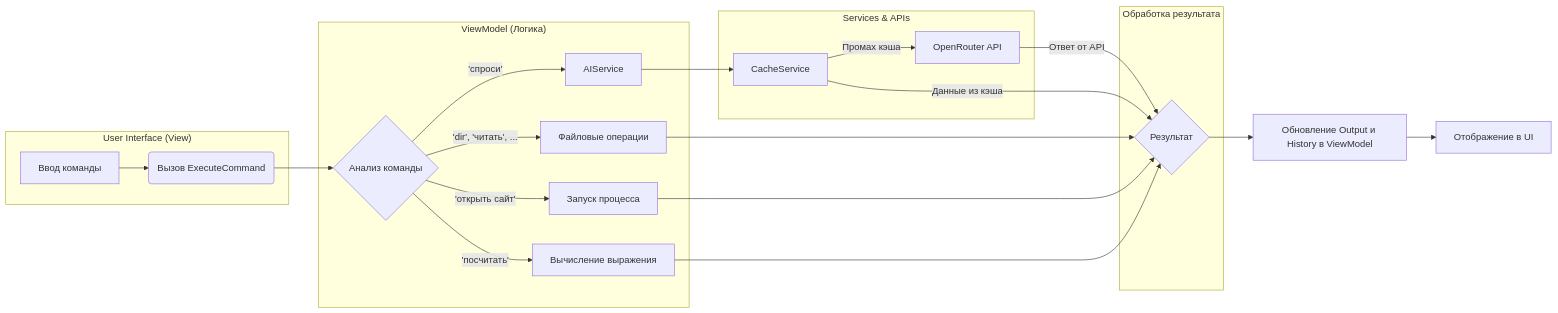
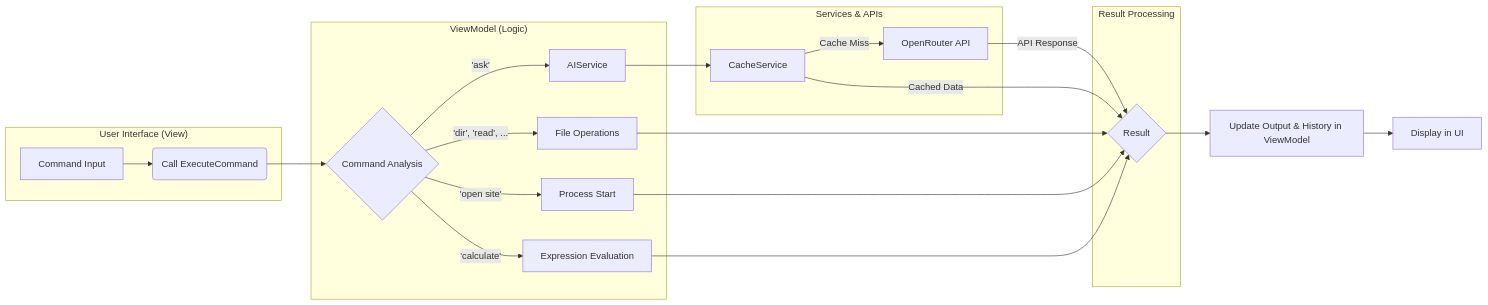
The diagram in README.md (entrayz/AIAssistant_CLI), drawn with Mermaid before and after one commit. The commit also changed other lines of this file and 1 other file, not shown here.

````diff
--- a/README.md
+++ b/README.md
@@ -48,29 +52,29 @@
 ```mermaid
 graph LR
     subgraph "User Interface (View)"
-        A[Ввод команды] --> B(Вызов ExecuteCommand)
+        A[Command Input] --> B(Call ExecuteCommand)
     end
 
-    subgraph "ViewModel (Логика)"
-        B --> C{Анализ команды};
-        C -->|'спроси'| D[AIService]
-        C -->|'dir', 'читать', ...| E[Файловые операции]
-        C -->|'открыть сайт'| F[Запуск процесса]
-        C -->|'посчитать'| G[Вычисление выражения]
+    subgraph "ViewModel (Logic)"
+        B --> C{Command Analysis};
+        C -->|'ask'| D[AIService]
+        C -->|'dir', 'read', ...| E[File Operations]
+        C -->|'open site'| F[Process Start]
+        C -->|'calculate'| G[Expression Evaluation]
     end
 
     subgraph "Services & APIs"
         D --> H[CacheService]
-        H -- "Промах кэша" --> I[OpenRouter API]
+        H -- "Cache Miss" --> I[OpenRouter API]
     end
 
-    subgraph "Обработка результата"
-        I -- "Ответ от API" --> J{Результат}
-        H -- "Данные из кэша" --> J
+    subgraph "Result Processing"
+        I -- "API Response" --> J{Result}
+        H -- "Cached Data" --> J
         E --> J
         F --> J
         G --> J
     end
 
-    J --> K[Обновление Output и History в ViewModel] --> L[Отображение в UI]
+    J --> K[Update Output & History in ViewModel] --> L[Display in UI]
 ```
````
